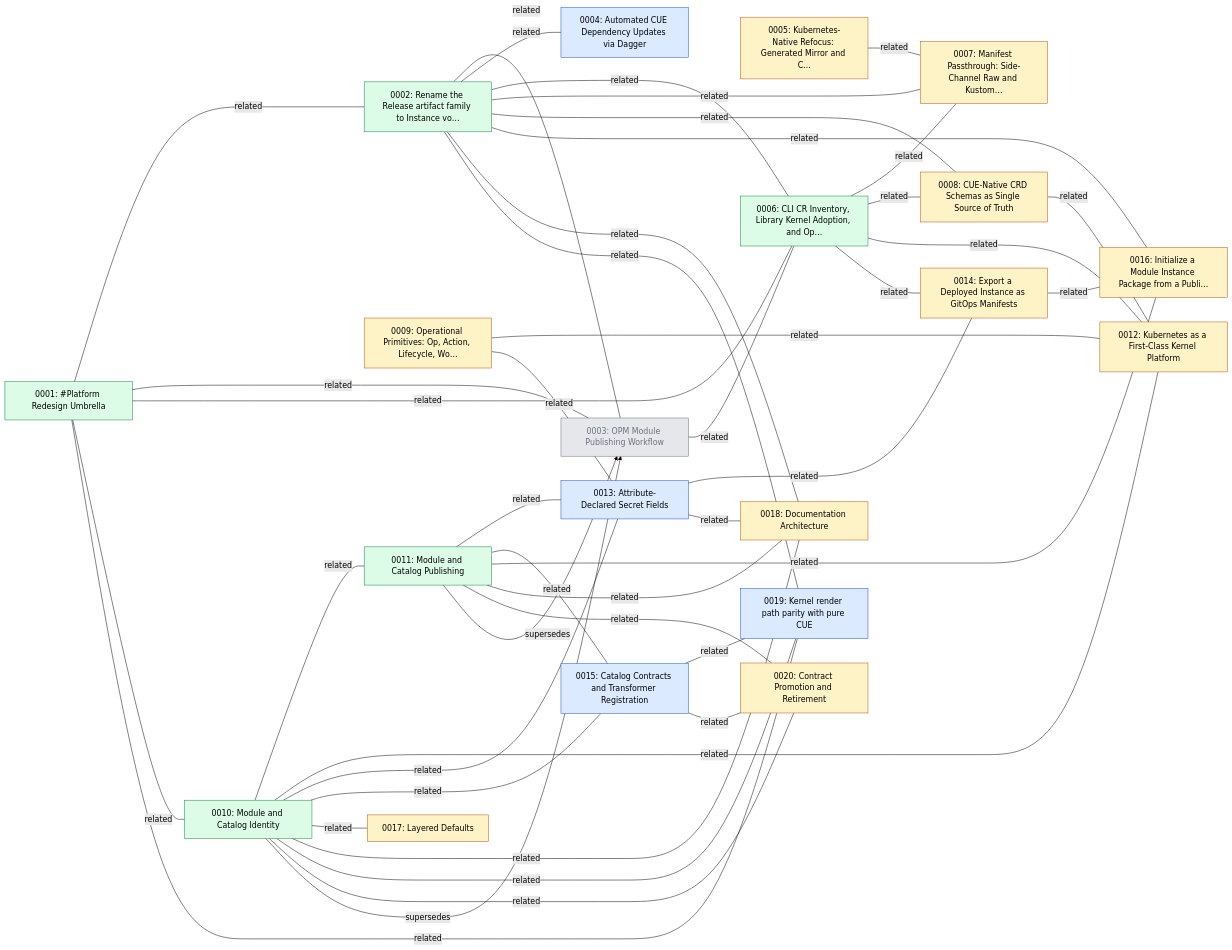
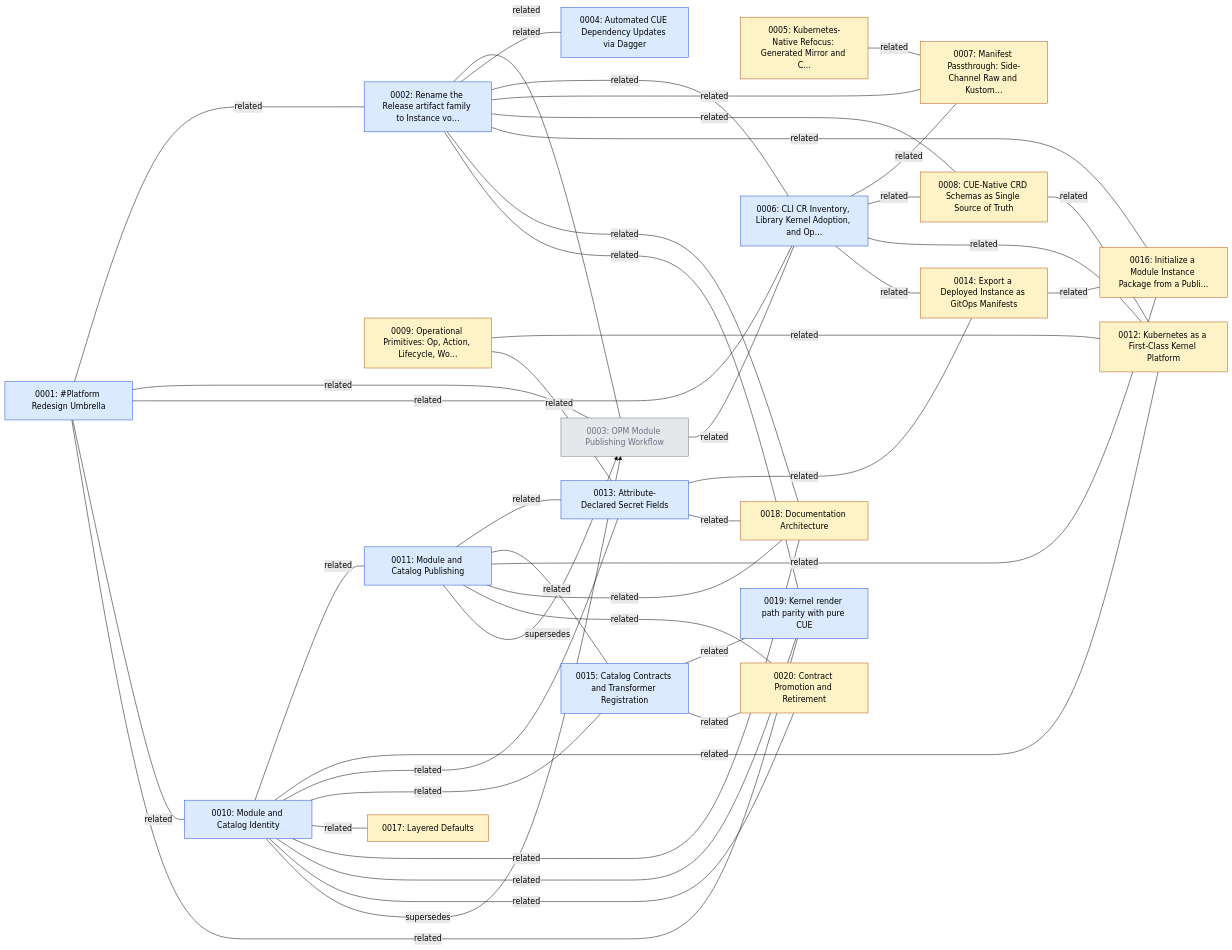
One commit to open-platform-model/enhancements changed the first of 2 diagrams in GRAPH.md. Above: the diagram before and after it, drawn with Mermaid (forest theme). The commit also changed other lines of this file and 5 other files, not shown here.

````diff
--- a/GRAPH.md
+++ b/GRAPH.md
@@ -5,72 +5,72 @@
 ```mermaid
 graph LR
   classDef draft       fill:#fef3c7,stroke:#b45309,color:#000
   classDef accepted    fill:#dbeafe,stroke:#1d4ed8,color:#000
-  classDef implemented fill:#dcfce7,stroke:#15803d,color:#000
+  classDef rejected    fill:#fee2e2,stroke:#b91c1c,color:#7f1d1d,stroke-dasharray:4 2
   classDef superseded  fill:#e5e7eb,stroke:#6b7280,color:#6b7280
   classDef legacy      fill:#fafafa,stroke:#9ca3af,color:#6b7280,stroke-dasharray:3 3
 
-  N0001["0001: #Platform Redesign Umbrella"]:::implemented
-  N0002["0002: Rename the Release artifact family to Instance vo…"]:::implemented
+  N0001["0001: #Platform Redesign Umbrella"]:::accepted
+  N0002["0002: Rename the Release artifact family to Instance vo…"]:::accepted
   N0003["0003: OPM Module Publishing Workflow"]:::superseded
   N0004["0004: Automated CUE Dependency Updates via Dagger"]:::accepted
   N0005["0005: Kubernetes-Native Refocus: Generated Mirror and C…"]:::draft
-  N0006["0006: CLI CR Inventory, Library Kernel Adoption, and Op…"]:::implemented
+  N0006["0006: CLI CR Inventory, Library Kernel Adoption, and Op…"]:::accepted
   N0007["0007: Manifest Passthrough: Side-Channel Raw and Kustom…"]:::draft
   N0008["0008: CUE-Native CRD Schemas as Single Source of Truth"]:::draft
   N0009["0009: Operational Primitives: Op, Action, Lifecycle, Wo…"]:::draft
-  N0010["0010: Module and Catalog Identity"]:::implemented
-  N0011["0011: Module and Catalog Publishing"]:::implemented
+  N0010["0010: Module and Catalog Identity"]:::accepted
+  N0011["0011: Module and Catalog Publishing"]:::accepted
   N0012["0012: Kubernetes as a First-Class Kernel Platform"]:::draft
   N0013["0013: Attribute-Declared Secret Fields"]:::accepted
   N0014["0014: Export a Deployed Instance as GitOps Manifests"]:::draft
   N0015["0015: Catalog Contracts and Transformer Registration"]:::accepted
   N0016["0016: Initialize a Module Instance Package from a Publi…"]:::draft
   N0017["0017: Layered Defaults"]:::draft
   N0018["0018: Documentation Architecture"]:::draft
   N0019["0019: Kernel render path parity with pure CUE"]:::accepted
   N0020["0020: Contract Promotion and Retirement"]:::draft
 
   N0001 ---|related| N0002
   N0001 ---|related| N0003
   N0001 ---|related| N0006
   N0001 ---|related| N0010
   N0001 ---|related| N0019
   N0002 ---|related| N0003
   N0002 ---|related| N0004
   N0002 ---|related| N0006
   N0002 ---|related| N0007
   N0002 ---|related| N0008
   N0002 ---|related| N0016
   N0002 ---|related| N0018
   N0002 ---|related| N0019
   N0003 ---|related| N0006
   N0005 ---|related| N0007
   N0006 ---|related| N0007
   N0006 ---|related| N0008
   N0006 ---|related| N0012
   N0006 ---|related| N0014
   N0008 ---|related| N0012
   N0009 ---|related| N0012
   N0009 ---|related| N0013
   N0010 ---|related| N0011
   N0010 ---|related| N0012
   N0010 ---|related| N0013
   N0010 ---|related| N0015
   N0010 ---|related| N0017
   N0010 ---|related| N0018
   N0010 ---|related| N0019
   N0010 ---|related| N0020
   N0011 ---|related| N0013
   N0011 ---|related| N0015
   N0011 ---|related| N0016
   N0011 ---|related| N0018
   N0011 ---|related| N0020
   N0013 ---|related| N0014
   N0013 ---|related| N0018
   N0014 ---|related| N0016
   N0015 ---|related| N0019
   N0015 ---|related| N0020
   N0010 -->|supersedes| N0003
   N0011 -->|supersedes| N0003
 ```
````
